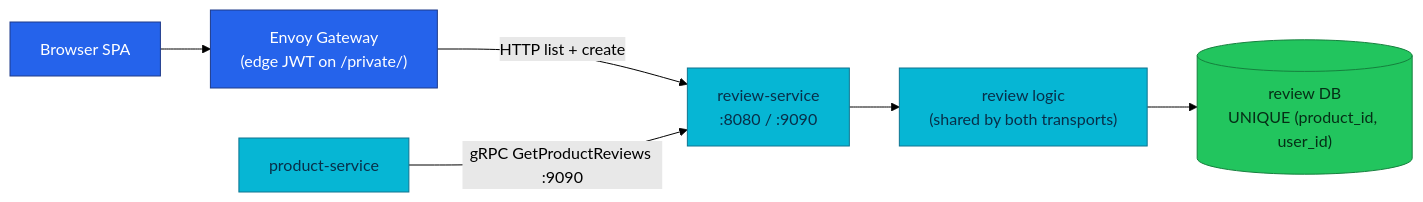
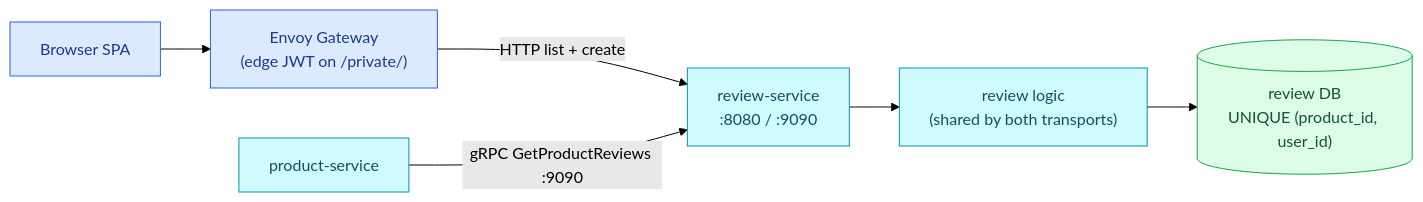
Before and after one commit to duynhlab/homelab: the diagram in docs/api/review.md, drawn with Mermaid (forest theme). The commit also changed 174 other files, not shown here.

First line of the commit message:
Soft-tint diagram palette, a signal-flow diagram, a Linux-ready Draw.io skill

````diff
--- a/docs/api/review.md
+++ b/docs/api/review.md
@@ -55,15 +55,15 @@
 ```mermaid
 flowchart LR
     SPA["Browser SPA"] --> Edge["Envoy Gateway<br/>(edge JWT on /private/)"]
     Edge -->|"HTTP list + create"| Review["review-service<br/>:8080 / :9090"]
     Product["product-service"] -->|"gRPC GetProductReviews :9090"| Review
     Review --> Logic["review logic<br/>(shared by both transports)"]
     Logic --> DB[("review DB<br/>UNIQUE (product_id, user_id)")]
 
-    classDef edge fill:#2563eb,color:#fff,stroke:#1e3a8a;
-    classDef service fill:#06b6d4,color:#082f49,stroke:#0e7490;
-    classDef data fill:#22c55e,color:#052e16,stroke:#15803d;
+    classDef edge fill:#dbeafe,color:#1e3a8a,stroke:#2563eb;
+    classDef service fill:#cffafe,color:#164e63,stroke:#0891b2;
+    classDef data fill:#dcfce7,color:#14532d,stroke:#16a34a;
     class SPA,Edge edge;
     class Review,Product,Logic service;
     class DB data;
 ```
````
